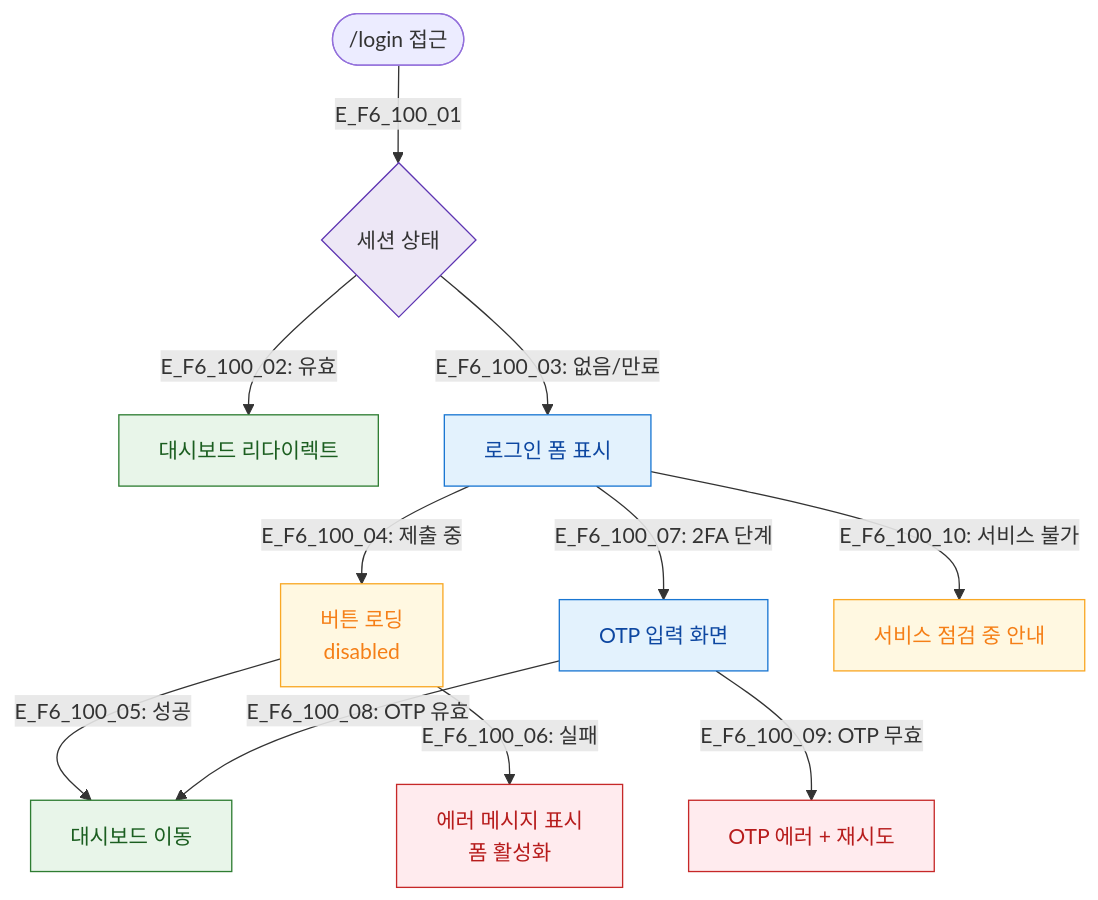
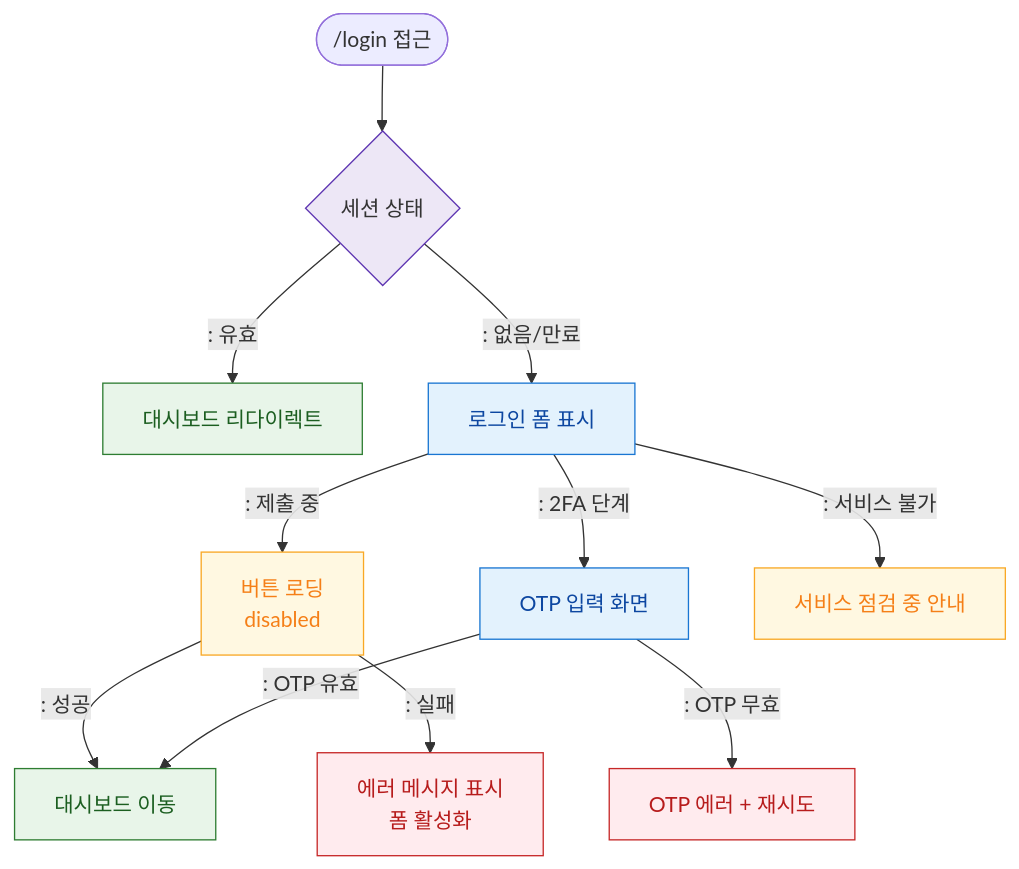
One commit to dev-spogym/admin-pando changed the diagram in docs/다이어그램/D01_공통/SCR-100_로그인/F6_상태별.md. Above: the diagram before and after it, drawn with Mermaid. The commit also changed other lines of this file and 1660 other files, not shown here.

First line of the commit message:
다이어그램: 기획자/클라이언트 납품본으로 정리

````diff
--- a/docs/다이어그램/D01_공통/SCR-100_로그인/F6_상태별.md
+++ b/docs/다이어그램/D01_공통/SCR-100_로그인/F6_상태별.md
@@ -16,27 +14,27 @@
 ```mermaid
 flowchart TD
-    ENTER([/login 접근]) -->|E_F6_100_01| SESS{세션 상태}
-    SESS -->|"E_F6_100_02: 유효"| DASH[대시보드 리다이렉트]
-    SESS -->|"E_F6_100_03: 없음/만료"| STATE_NORMAL[로그인 폼 표시]
+    ENTER([/login 접근]) --> SESS{세션 상태}
+    SESS -->|": 유효"|DASH[대시보드 리다이렉트]
+    SESS -->|": 없음/만료"|STATE_NORMAL[로그인 폼 표시]
 
-    STATE_NORMAL -->|"E_F6_100_04: 제출 중"| STATE_LOADING[버튼 로딩\ndisabled]
-    STATE_LOADING -->|"E_F6_100_05: 성공"| STATE_REDIRECT[대시보드 이동]
-    STATE_LOADING -->|"E_F6_100_06: 실패"| STATE_ERROR[에러 메시지 표시\n폼 활성화]
+    STATE_NORMAL -->|": 제출 중"|STATE_LOADING[버튼 로딩\ndisabled]
+    STATE_LOADING -->|": 성공"|STATE_REDIRECT[대시보드 이동]
+    STATE_LOADING -->|": 실패"|STATE_ERROR[에러 메시지 표시\n폼 활성화]
 
-    STATE_NORMAL -->|"E_F6_100_07: 2FA 단계"| STATE_2FA[OTP 입력 화면]
-    STATE_2FA -->|"E_F6_100_08: OTP 유효"| STATE_REDIRECT
-    STATE_2FA -->|"E_F6_100_09: OTP 무효"| STATE_2FA_ERR[OTP 에러 + 재시도]
+    STATE_NORMAL -->|": 2FA 단계"|STATE_2FA[OTP 입력 화면]
+    STATE_2FA -->|": OTP 유효"|STATE_REDIRECT
+    STATE_2FA -->|": OTP 무효"|STATE_2FA_ERR[OTP 에러 + 재시도]
 
-    STATE_NORMAL -->|"E_F6_100_10: 서비스 불가"| STATE_MAINT[서비스 점검 중 안내]
+    STATE_NORMAL -->|": 서비스 불가"|STATE_MAINT[서비스 점검 중 안내]
 
-    classDef screen       fill:#E3F2FD,stroke:#1976D2,color:#0D47A1
-    classDef error        fill:#FFEBEE,stroke:#C62828,color:#B71C1C
-    classDef warning      fill:#FFF8E1,stroke:#F9A825,color:#F57F17
-    classDef system       fill:#EDE7F6,stroke:#5E35B2
-    classDef success      fill:#E8F5E9,stroke:#2E7D32,color:#1B5E20
+    classDef screen fill:#E3F2FD,stroke:#1976D2,color:#0D47A1
+    classDef error fill:#FFEBEE,stroke:#C62828,color:#B71C1C
+    classDef warning fill:#FFF8E1,stroke:#F9A825,color:#F57F17
+    classDef system fill:#EDE7F6,stroke:#5E35B2
+    classDef success fill:#E8F5E9,stroke:#2E7D32,color:#1B5E20
     class STATE_NORMAL,STATE_2FA screen
     class STATE_ERROR,STATE_2FA_ERR error
     class STATE_LOADING,STATE_MAINT warning
     class STATE_REDIRECT,DASH success
     class SESS system
 ```
````
